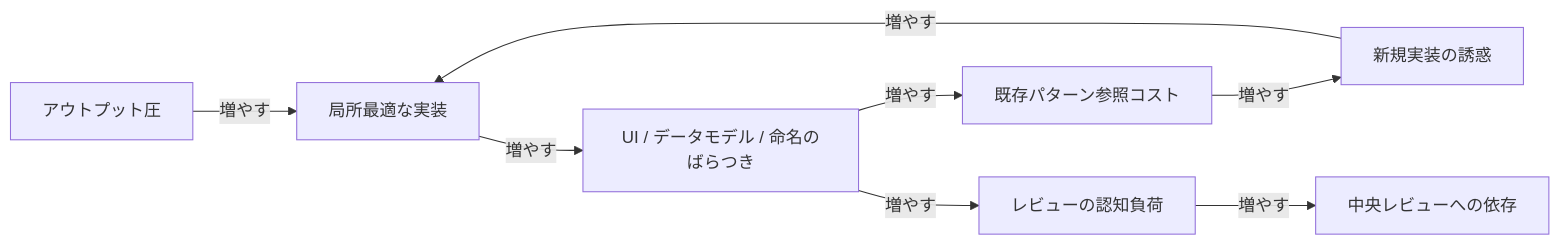
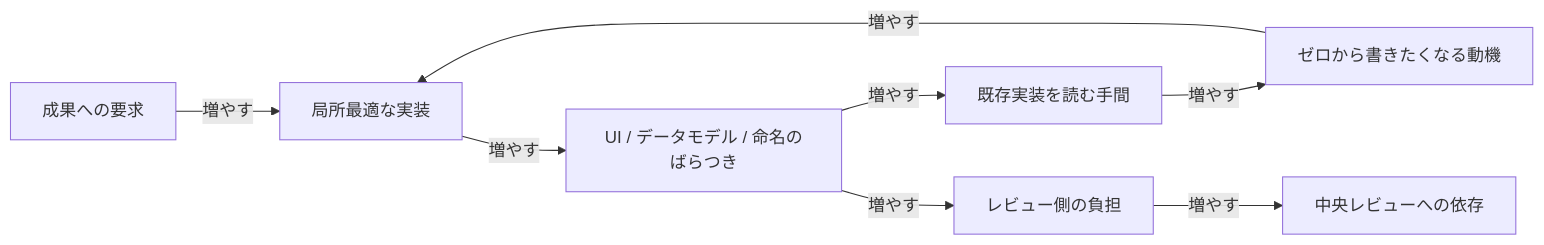
One commit to iwasa-kosui/monorepo changed the sixth of 10 diagrams in apps/kosui-me/src/content/posts/2026-04-29-knowledge-entropy-and-normative-layer.mdx. Above: the diagram before and after it, drawn with Mermaid. The commit also changed other lines of this file, not shown here.

````diff
--- a/apps/kosui-me/src/content/posts/2026-04-29-knowledge-entropy-and-normative-layer.mdx
+++ b/apps/kosui-me/src/content/posts/2026-04-29-knowledge-entropy-and-normative-layer.mdx
@@ -143,18 +143,18 @@
 ```mermaid
 flowchart LR
-    A["アウトプット圧"]
+    A["成果への要求"]
     B["局所最適な実装"]
     C["UI / データモデル / 命名のばらつき"]
-    D["既存パターン参照コスト"]
-    E["新規実装の誘惑"]
-    F["レビューの認知負荷"]
+    D["既存実装を読む手間"]
+    E["ゼロから書きたくなる動機"]
+    F["レビュー側の負担"]
     G["中央レビューへの依存"]
 
     A -->|増やす| B
     B -->|増やす| C
     C -->|増やす| D
     D -->|増やす| E
     E -->|増やす| B
     C -->|増やす| F
     F -->|増やす| G
 ```
````
